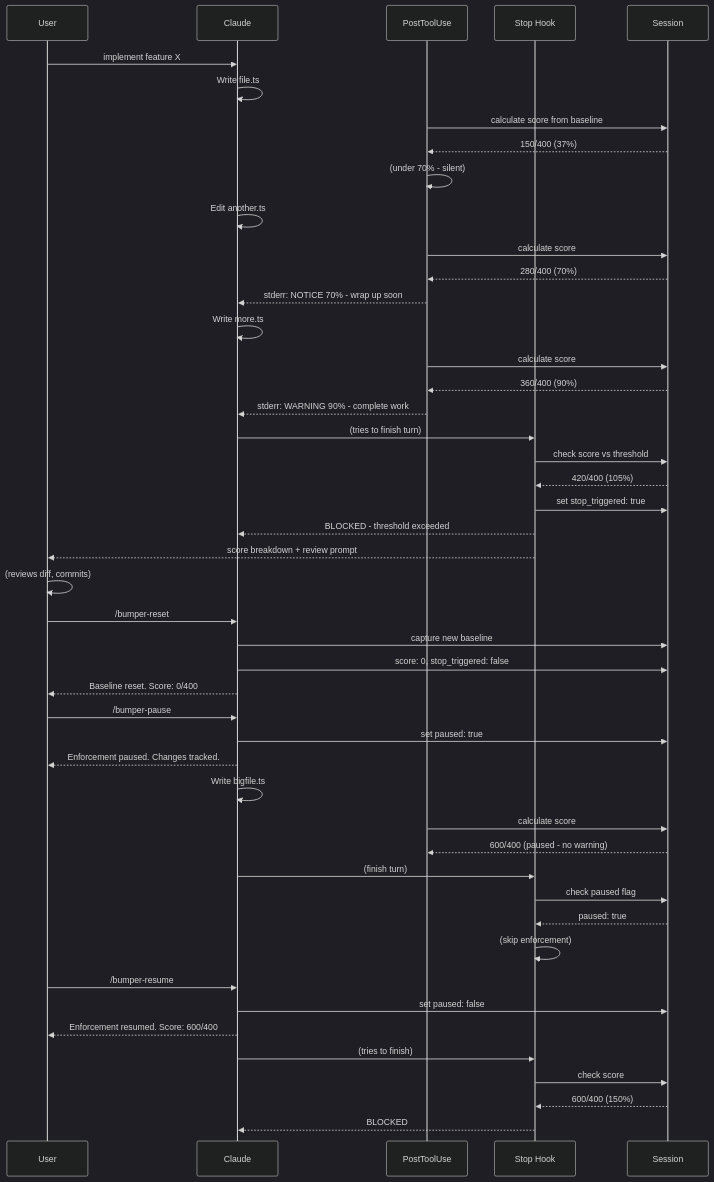
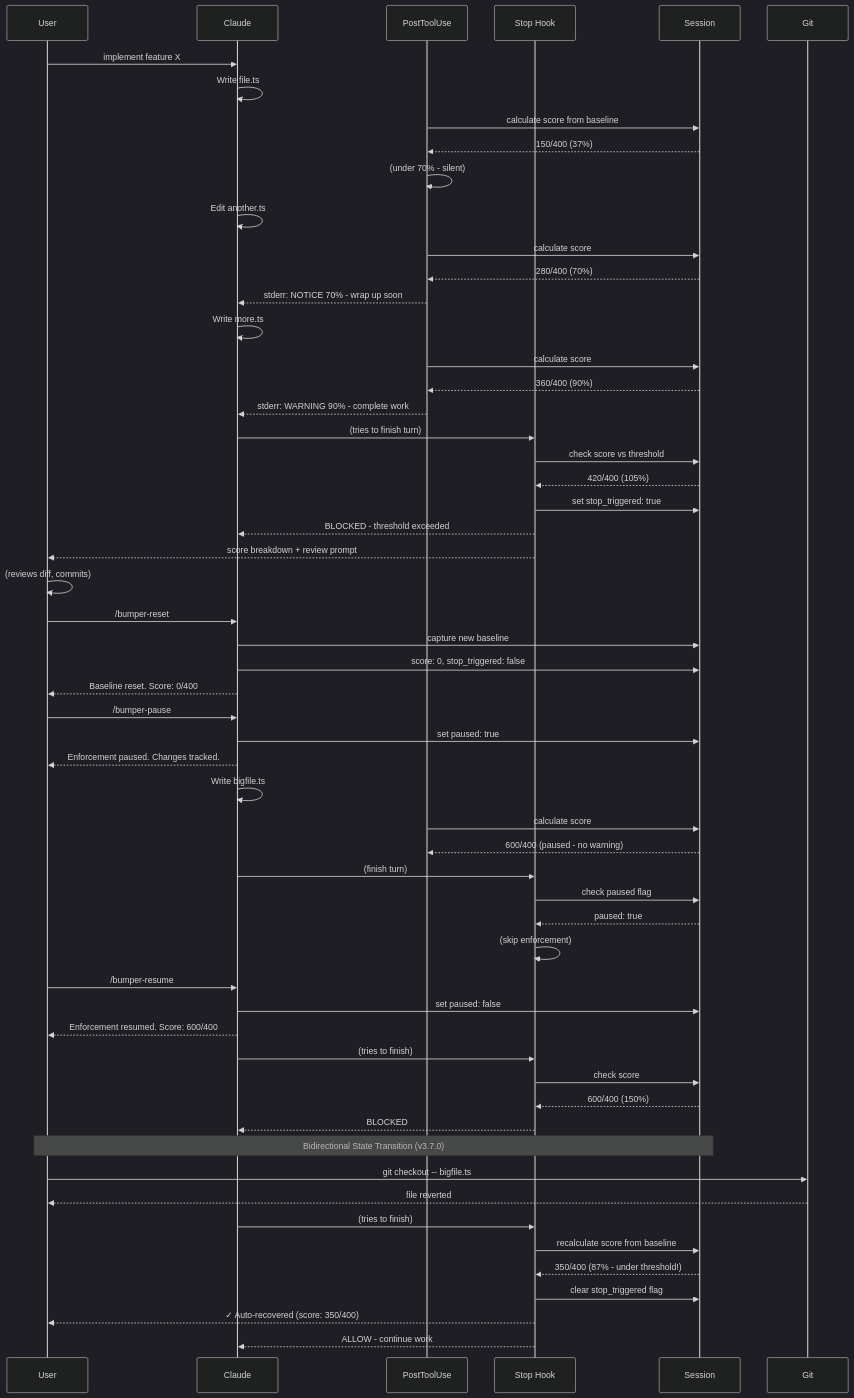
One commit to kylesnowschwartz/claude-bumper-lanes changed the diagram in docs/enforcement-sequence.mmd. Above: the diagram before and after it, drawn with Mermaid (dark theme). The commit also changed 1 other file, not shown here.

Commit message:
fix: ensure PreToolUse auto-reset check is fail-open
- Add explicit error handling for CaptureTree() failures
- Add explicit error handling for GetHeadTree() empty returns
- Log warnings when checks fail and fail-open (allow tool)
- Prevents bumper-lanes errors from blocking user work

docs: document Stop hook bidirectional state transitions

- Add auto-recovery scenario to enforcement-sequence.mmd
- Document that Stop hook can both SET and CLEAR StopTriggered flag
- Mark pain point #5 as FIXED (score decrease now triggers auto-recovery)
- Add validation reference for Stop auto-recovery code

This addresses PR review feedback ensuring all failure modes
are fail-open and documenting the intentional scope creep of
bidirectional state transitions in the Stop hook.

```diff
--- a/docs/enforcement-sequence.mmd
+++ b/docs/enforcement-sequence.mmd
@@ -1,98 +1,111 @@
 %% Enforcement Flow: Fuel gauge → stop → reset/pause/resume cycle
 %% Render: cat enforcement-sequence.mmd | mermaid-ascii -f -
 %% Focus: The core loop that constrains Claude's work
 
 sequenceDiagram
     participant User
     participant Claude
     participant PTU as PostToolUse
     participant Stop as Stop Hook
     participant Sess as Session
 
     %% === NORMAL OPERATION (under threshold) ===
     User->>Claude: implement feature X
     Claude->>Claude: Write file.ts
     PTU->>Sess: calculate score from baseline
     Sess-->>PTU: 150/400 (37%)
     PTU->>PTU: (under 70% - silent)
 
     %% === FUEL GAUGE WARNINGS ===
     Claude->>Claude: Edit another.ts
     PTU->>Sess: calculate score
     Sess-->>PTU: 280/400 (70%)
     PTU-->>Claude: stderr: NOTICE 70% - wrap up soon
 
     Claude->>Claude: Write more.ts
     PTU->>Sess: calculate score
     Sess-->>PTU: 360/400 (90%)
     PTU-->>Claude: stderr: WARNING 90% - complete work
 
     %% === THRESHOLD EXCEEDED ===
     Claude->>Stop: (tries to finish turn)
     Stop->>Sess: check score vs threshold
     Sess-->>Stop: 420/400 (105%)
     Stop->>Sess: set stop_triggered: true
     Stop-->>Claude: BLOCKED - threshold exceeded
     Stop-->>User: score breakdown + review prompt
 
     %% === USER REVIEW OPTIONS ===
 
     %% Option A: Reset after review
     User->>User: (reviews diff, commits)
     User->>Claude: /bumper-reset
     Claude->>Sess: capture new baseline
     Claude->>Sess: score: 0, stop_triggered: false
     Claude-->>User: Baseline reset. Score: 0/400
 
     %% Option B: Pause enforcement
     User->>Claude: /bumper-pause
     Claude->>Sess: set paused: true
     Claude-->>User: Enforcement paused. Changes tracked.
 
     %% While paused - no blocking
     Claude->>Claude: Write bigfile.ts
     PTU->>Sess: calculate score
     Sess-->>PTU: 600/400 (paused - no warning)
     Claude->>Stop: (finish turn)
     Stop->>Sess: check paused flag
     Sess-->>Stop: paused: true
     Stop->>Stop: (skip enforcement)
 
     %% Resume enforcement
     User->>Claude: /bumper-resume
     Claude->>Sess: set paused: false
     Claude-->>User: Enforcement resumed. Score: 600/400
 
     %% Now blocked again
     Claude->>Stop: (tries to finish)
     Stop->>Sess: check score
     Sess-->>Stop: 600/400 (150%)
     Stop-->>Claude: BLOCKED
 
+    %% === AUTO-RECOVERY (v3.7.0) ===
+    %% Option C: User reverts changes - automatic recovery
+    Note over User,Sess: Bidirectional State Transition (v3.7.0)
+    User->>Git: git checkout -- bigfile.ts
+    Git-->>User: file reverted
+    Claude->>Stop: (tries to finish)
+    Stop->>Sess: recalculate score from baseline
+    Sess-->>Stop: 350/400 (87% - under threshold!)
+    Stop->>Sess: clear stop_triggered flag
+    Stop-->>User: ✓ Auto-recovered (score: 350/400)
+    Stop-->>Claude: ALLOW - continue work
+
 %% ============================================================
 %% VALIDATION REFERENCES
 %% ============================================================
 %% - PostToolUse tiers: internal/hooks/post_tool_use.go:119-128
 %% - Stop blocking: internal/hooks/stop.go:127-184
+%% - Stop auto-recovery: internal/hooks/stop.go:134-154 (v3.7.0)
 %% - Reset: internal/hooks/prompt_handler.go:96-115
 %% - Pause: internal/hooks/prompt_handler.go:118-131
 %% - Resume: internal/hooks/prompt_handler.go:134-147
 %%
 %% FUEL GAUGE TIERS
 %% - <70%: Silent
 %% - 70%: NOTICE - wrap up current task
 %% - 90%: WARNING - complete work, ask about checkpoint
 %%
 %% PAIN POINTS
 %% 1. Warnings visible but muted - status line could surface escalation better
 %% 2. Pause accumulates unbounded score - can be huge on resume
 %% 3. No partial reset - it's all-or-nothing baseline capture
 %% 4. Auto-reset on commit not shown (separate flow)
-%% 5. Score can decrease if user reverts changes - not obvious
+%% 5. ~~Score can decrease if user reverts changes - not obvious~~ (FIXED v3.7.0: Stop auto-recovery)
 %%
 %% STATUS LINE TIERS (implemented)
 %% Status line now matches fuel gauge visibility:
 %% - 0-69%:  green  "active"
 %% - 70-89%: yellow "NOTICE"
 %% - 90-99%: orange "WARNING"
 %% - 100%+: red    "TRIPPED"
```
